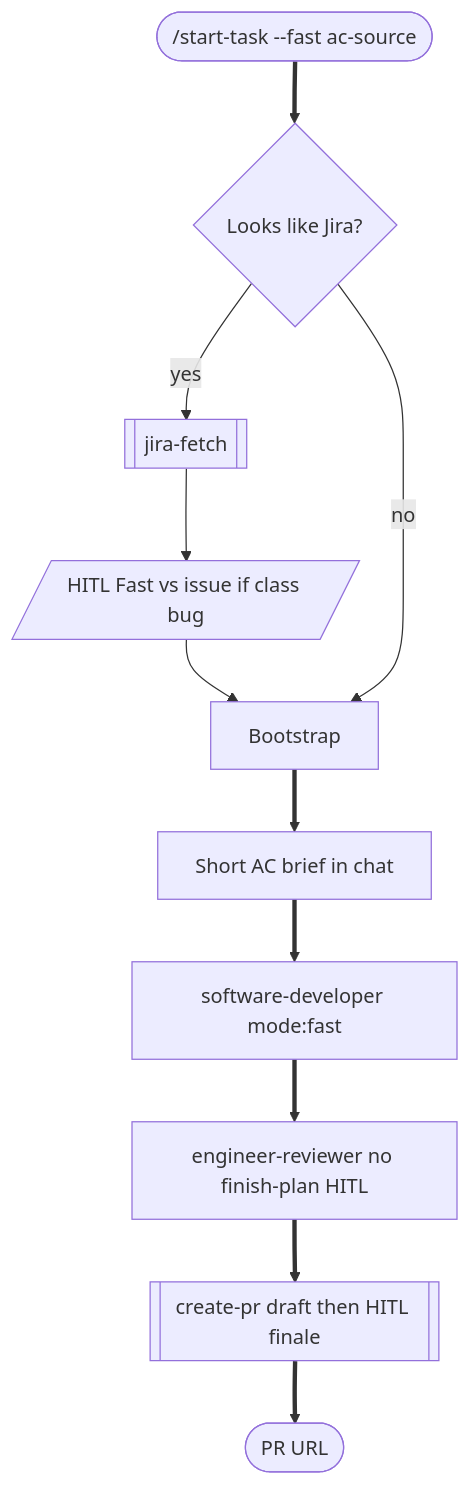
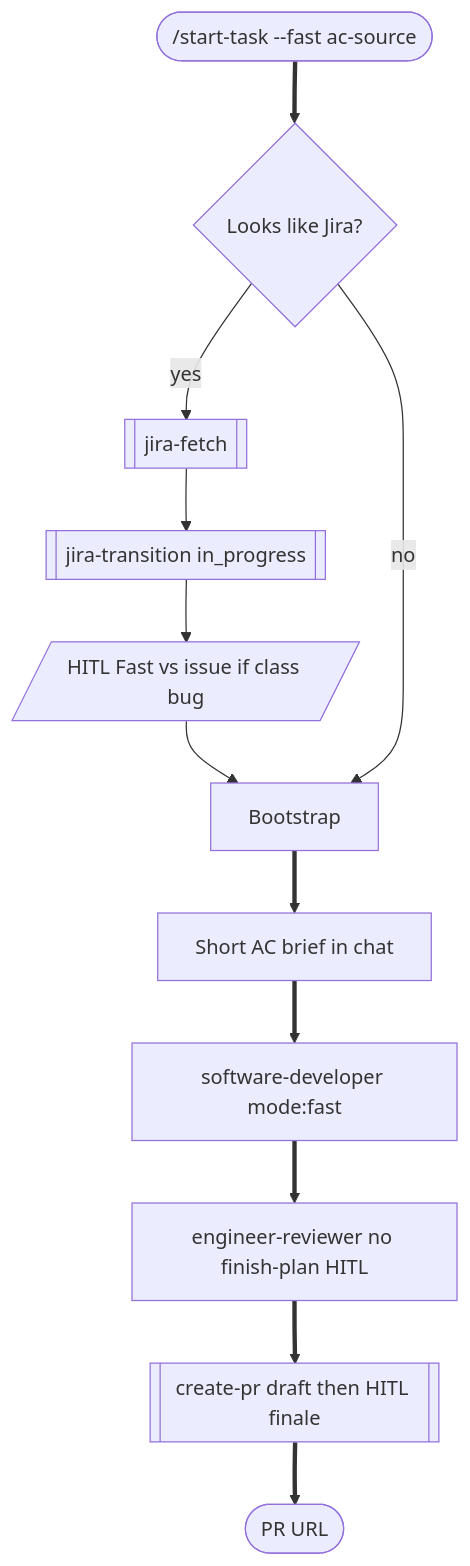
The tenth of 12 diagrams in docs/superpowers/pipeline-flow.md (a-trembak/cursor-spells), drawn with Mermaid before and after one commit. The commit also changed other lines of this file and 14 other files, not shown here.

First line of the commit message:
feat(jira): move tickets to In Progress and Review (#30)

````diff
--- a/docs/superpowers/pipeline-flow.md
+++ b/docs/superpowers/pipeline-flow.md
@@ -394,18 +396,19 @@
 ```mermaid
 flowchart TD
   startFast(["/start-task --fast ac-source"])
   looksJira{Looks like Jira?}
   fetch[["jira-fetch"]]
+  inProgress[["jira-transition in_progress"]]
   fastVsIssue[/"HITL Fast vs issue if class bug"/]
   boot["Bootstrap"]
   brief["Short AC brief in chat"]
   exec["software-developer mode:fast"]
   review["engineer-reviewer no finish-plan HITL"]
   prNode[["create-pr draft then HITL finale"]]
   doneFast(["PR URL"])
 
   startFast ==> looksJira
-  looksJira -->|"yes"| fetch --> fastVsIssue --> boot
+  looksJira -->|"yes"| fetch --> inProgress --> fastVsIssue --> boot
   looksJira -->|"no"| boot
   boot ==> brief ==> exec ==> review ==> prNode ==> doneFast
 ```
````
